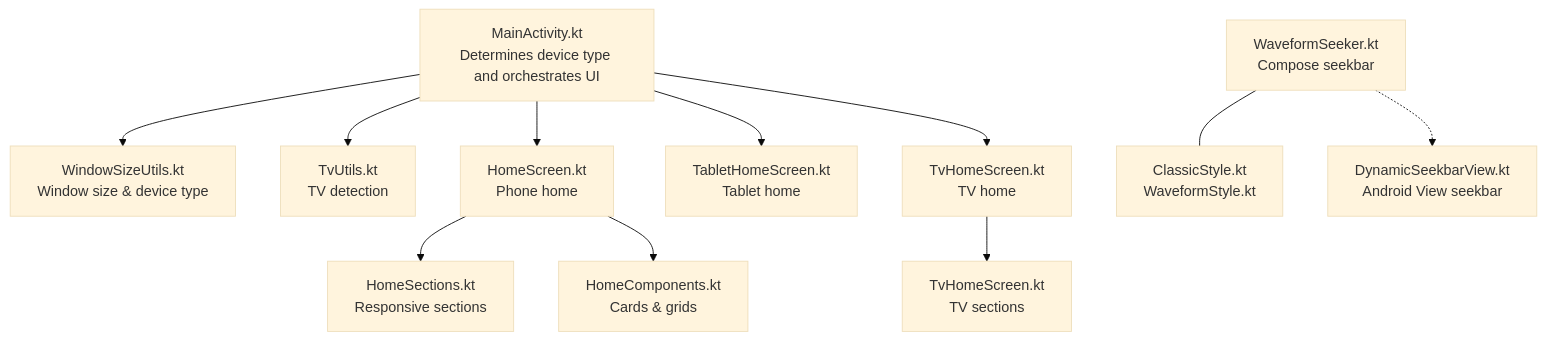
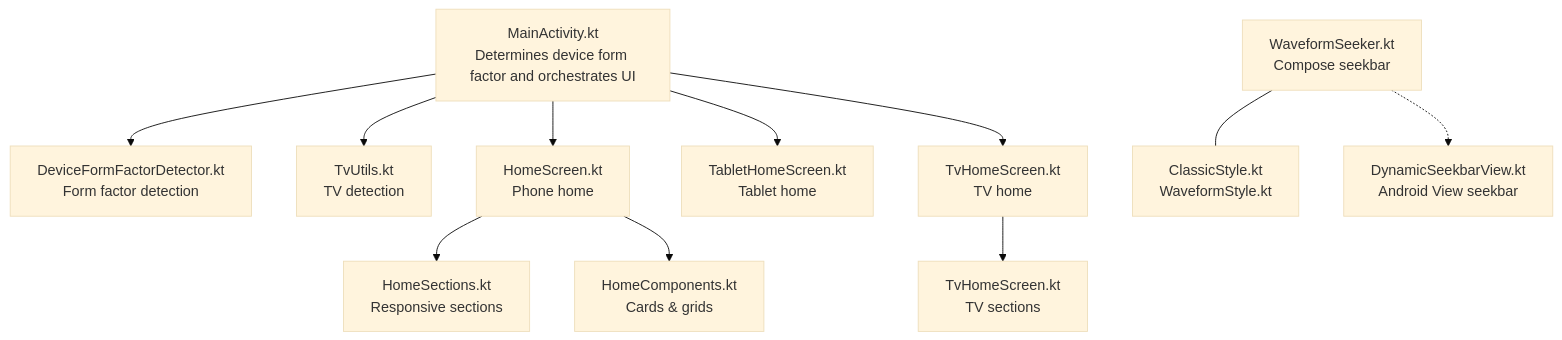
One commit to suvojeet-sengupta/SuvMusic changed the first of 9 diagrams in docs/UI_UX System/Adaptive Layouts.md. Above: the diagram before and after it, drawn with Mermaid (base theme). The commit also changed other lines of this file and 6 other files, not shown here.

Commit message:
feat: implement multi-signal DeviceFormFactor detection (sw + diagonal + foldables)

````diff
--- a/docs/UI_UX System/Adaptive Layouts.md
+++ b/docs/UI_UX System/Adaptive Layouts.md
@@ -41,13 +41,13 @@
 ```mermaid
 graph TB
-MainActivity["MainActivity.kt<br/>Determines device type and orchestrates UI"] --> Utils["WindowSizeUtils.kt<br/>Window size & device type"]
+MainActivity["MainActivity.kt<br/>Determines device form factor and orchestrates UI"] --> Utils["DeviceFormFactorDetector.kt<br/>Form factor detection"]
 MainActivity --> TvCheck["TvUtils.kt<br/>TV detection"]
 MainActivity --> Phone["HomeScreen.kt<br/>Phone home"]
 MainActivity --> Tablet["TabletHomeScreen.kt<br/>Tablet home"]
 MainActivity --> TV["TvHomeScreen.kt<br/>TV home"]
 Phone --> Sections["HomeSections.kt<br/>Responsive sections"]
 Phone --> Components["HomeComponents.kt<br/>Cards & grids"]
 TV --> TVSections["TvHomeScreen.kt<br/>TV sections"]
 Seeker["WaveformSeeker.kt<br/>Compose seekbar"] --- Styles["ClassicStyle.kt<br/>WaveformStyle.kt"]
 Seeker -.-> ViewSeeker["DynamicSeekbarView.kt<br/>Android View seekbar"]
 ```
````
